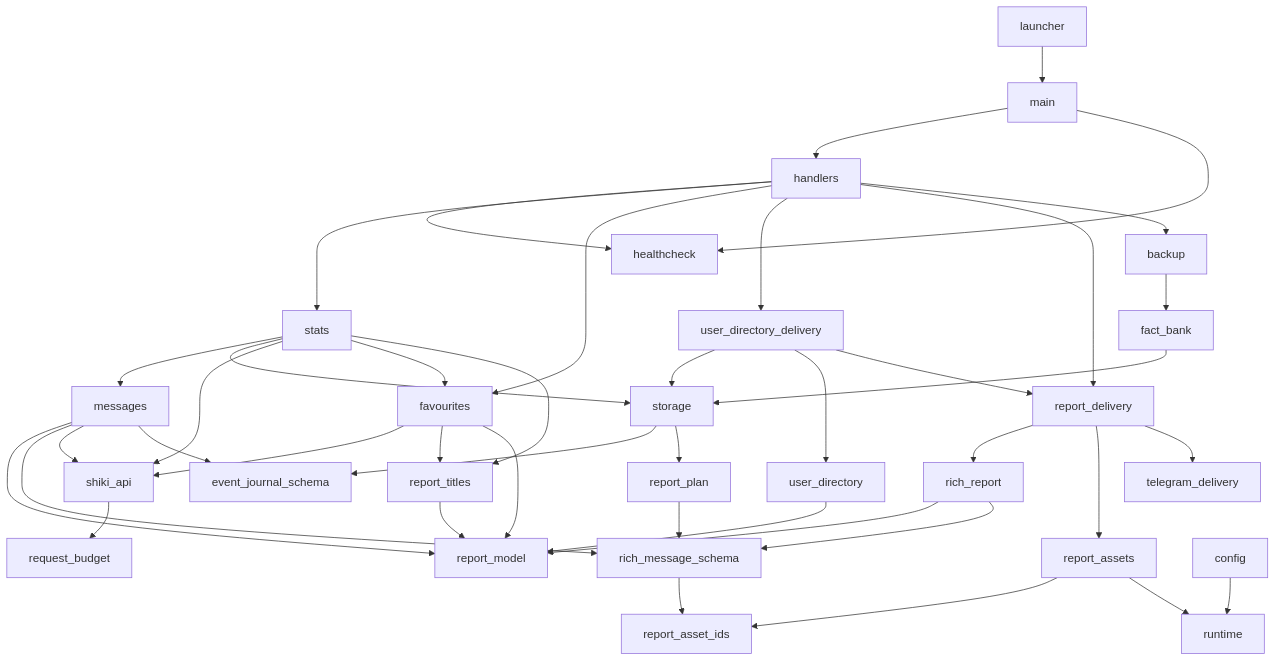
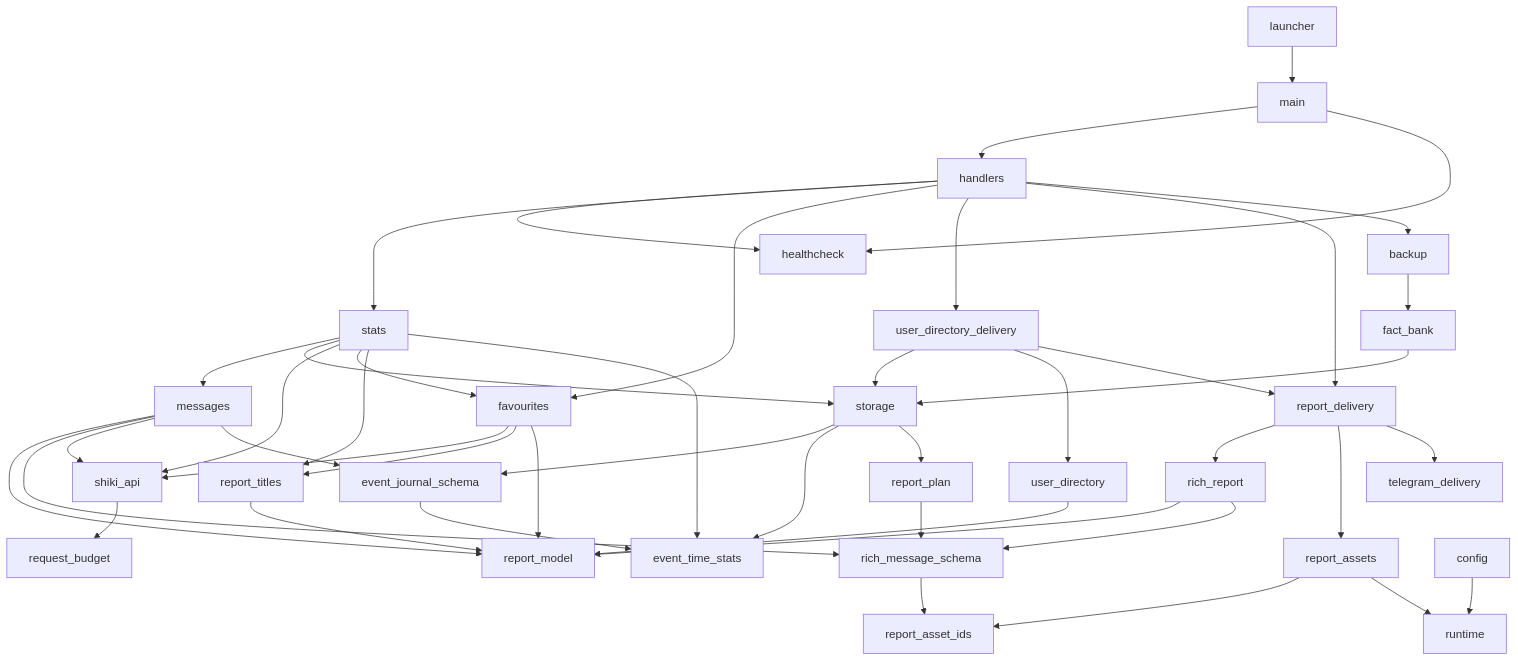
The diagram in ARCHITECTURE.md (WorgaNomoR/ShikiUpdatesBot), drawn with Mermaid before and after one commit. The commit also changed other lines of this file and 21 other files, not shown here.

````diff
--- a/ARCHITECTURE.md
+++ b/ARCHITECTURE.md
@@ -76,44 +78,47 @@
 ```mermaid
 graph TD
     launcher --> main
     main --> handlers
     main --> healthcheck
     handlers --> healthcheck
     handlers --> stats
     handlers --> favourites
     handlers --> user_directory_delivery
     handlers --> report_delivery
     handlers --> backup
     stats --> messages
     stats --> storage
     stats --> shiki_api
     stats --> favourites
     stats --> report_titles
     favourites --> shiki_api
     favourites --> report_titles
     favourites --> report_model
     report_titles --> report_model
     messages --> report_model
     messages --> rich_message_schema
     messages --> shiki_api
     user_directory_delivery --> storage
     user_directory_delivery --> user_directory
     user_directory_delivery --> report_delivery
     user_directory --> report_model
     backup --> fact_bank
     fact_bank --> storage
     storage --> event_journal_schema
+    storage --> event_time_stats
+    event_journal_schema --> event_time_stats
+    stats --> event_time_stats
     messages --> event_journal_schema
     storage --> report_plan
     report_plan --> rich_message_schema
     report_delivery --> rich_report
     report_delivery --> report_assets
     report_delivery --> telegram_delivery
     rich_report --> report_model
     rich_report --> rich_message_schema
     rich_message_schema --> report_asset_ids
     report_assets --> report_asset_ids
     report_assets --> runtime
     shiki_api --> request_budget
     config --> runtime
 ```
````
